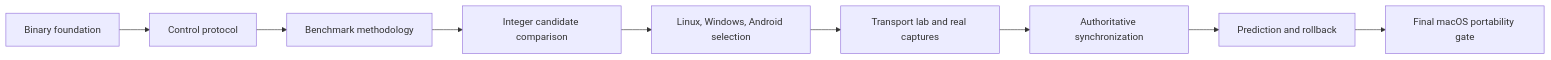
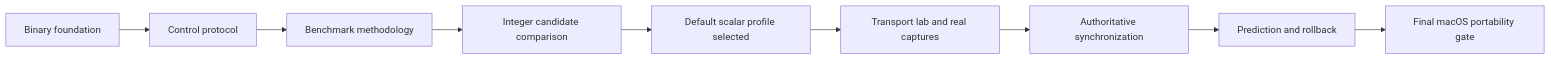
The first of 2 diagrams in documentation/development/ROADMAP.md (Malkverbena/TickSynchronizer), drawn with Mermaid before and after one commit. The commit also changed other lines of this file and 28 other files, not shown here.

````diff
--- a/documentation/development/ROADMAP.md
+++ b/documentation/development/ROADMAP.md
@@ -21,11 +22,11 @@
 ```mermaid
 flowchart LR
     Foundation[Binary foundation] --> Control[Control protocol]
     Control --> Benchmark[Benchmark methodology]
     Benchmark --> Candidate[Integer candidate comparison]
-    Candidate --> Selection[Linux, Windows, Android selection]
+    Candidate --> Selection[Default scalar profile selected]
     Selection --> Transport[Transport lab and real captures]
     Transport --> Sync[Authoritative synchronization]
     Sync --> Prediction[Prediction and rollback]
     Prediction --> FinalMac[Final macOS portability gate]
 ```
````
